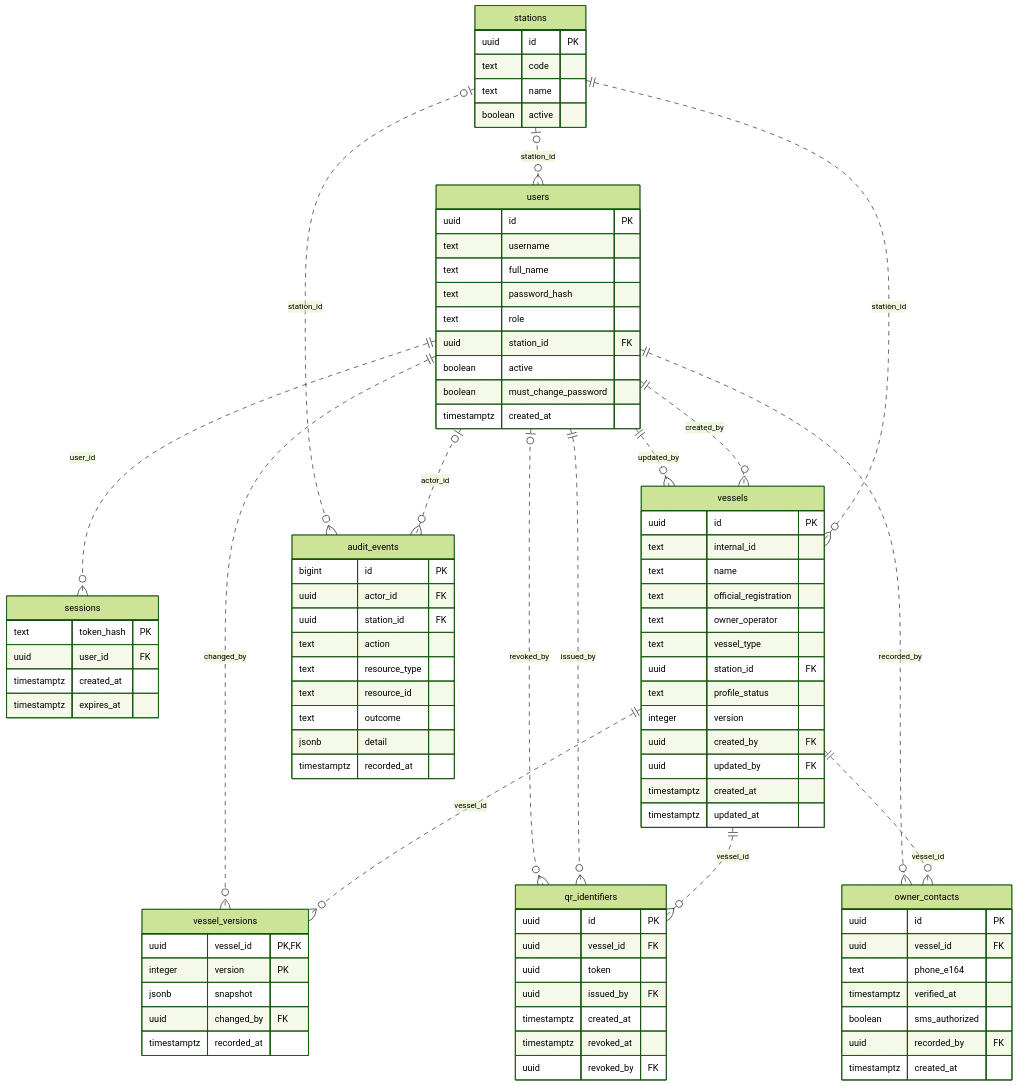
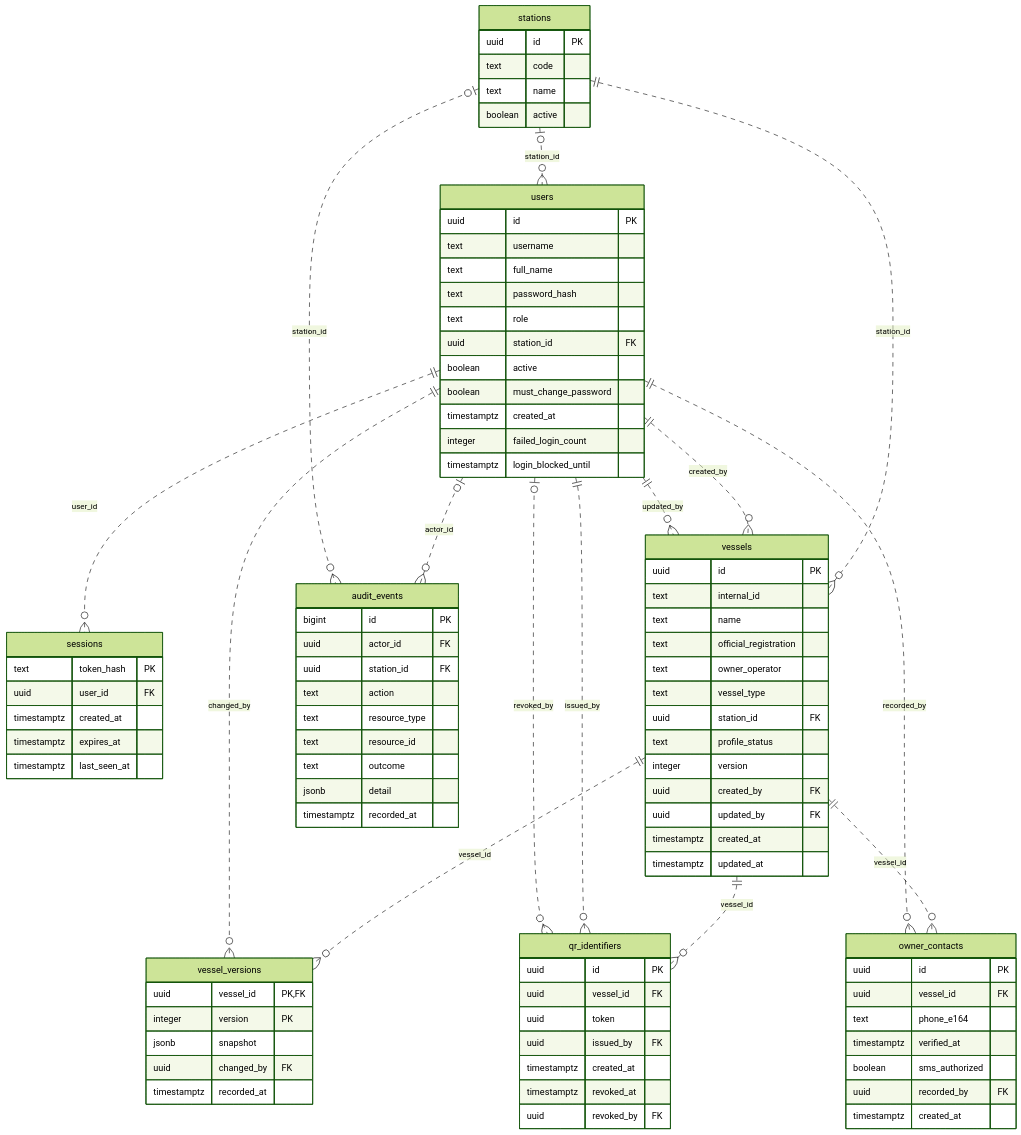
Before and after one commit to Ruzz-1010/MPGE-PCG-SYSTEM: the first of 4 diagrams in docs/ERD_V2.md, drawn with Mermaid (forest theme). The commit also changed 6 other files, not shown here.

```diff
--- a/docs/ERD_V2.md
+++ b/docs/ERD_V2.md
@@ -22,12 +22,15 @@
         boolean active
         boolean must_change_password
         timestamptz created_at
+        integer failed_login_count
+        timestamptz login_blocked_until
     }
     sessions {
         text token_hash PK
         uuid user_id FK
         timestamptz created_at
         timestamptz expires_at
+        timestamptz last_seen_at
     }
     vessels {
         uuid id PK
```
